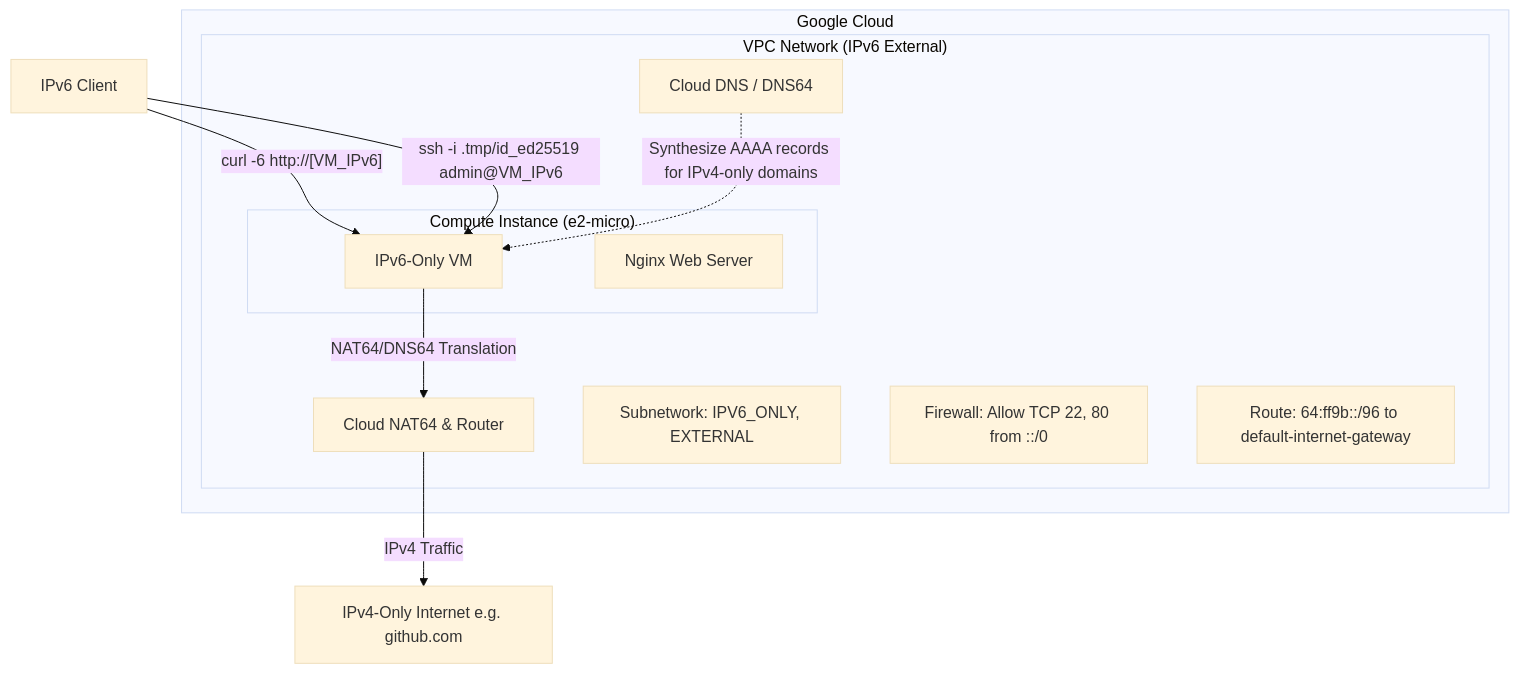
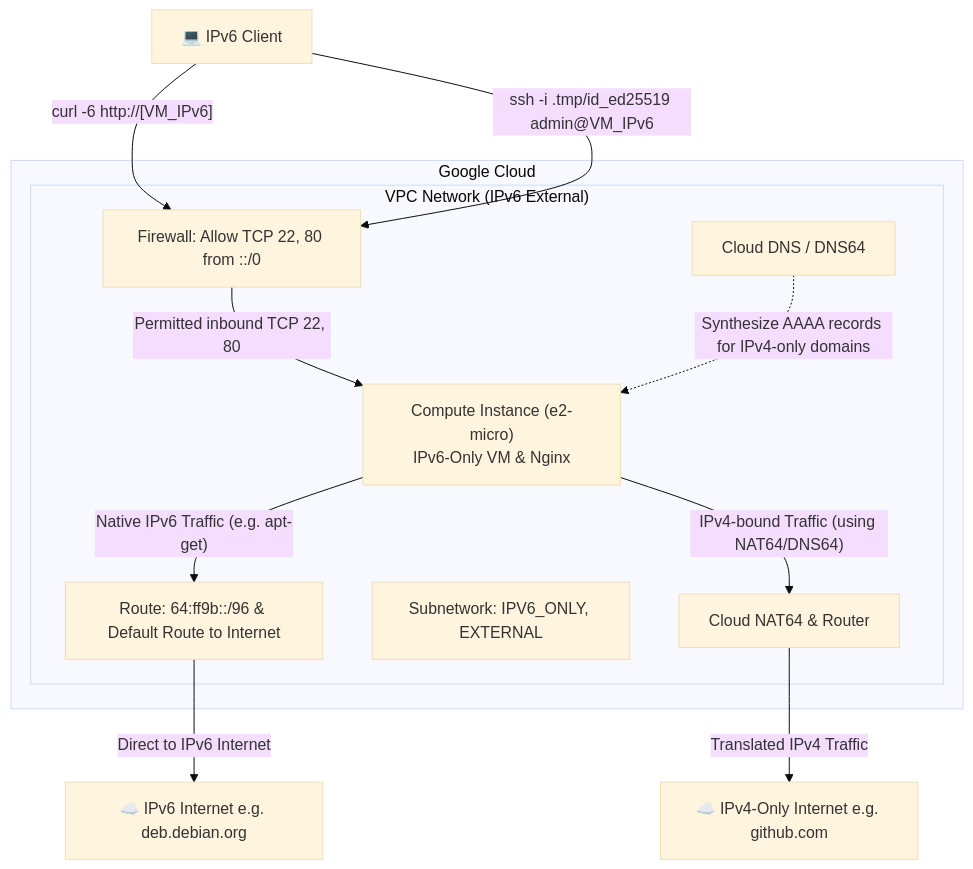
The diagram in tf/ipv6-external-dns64/README.md (linde/gcp-self-managed-k8s), drawn with Mermaid (base theme) before and after one commit.

Commit message:
docs: update mermaid architecture diagram to reflect IPv6 routing and traffic flow improvements

````diff
--- a/tf/ipv6-external-dns64/README.md
+++ b/tf/ipv6-external-dns64/README.md
@@ -9,27 +9,28 @@
 ```mermaid
 graph TD
     subgraph "Google Cloud"
         subgraph "VPC Network (IPv6 External)"
             DNS[Cloud DNS / DNS64]
             NAT[Cloud NAT64 & Router]
             Subnet[Subnetwork: IPV6_ONLY, EXTERNAL]
             FW[Firewall: Allow TCP 22, 80 from ::/0]
-            Route[Route: 64:ff9b::/96 to default-internet-gateway]
+            Route[Route: 64:ff9b::/96 & Default Route to Internet]
             
-            subgraph "Compute Instance (e2-micro)"
-                VM[IPv6-Only VM]
-                Nginx[Nginx Web Server]
-            end
+            VM["Compute Instance (e2-micro)<br/>IPv6-Only VM & Nginx"]
         end
     end
 
-    Client[IPv6 Client]
-    IPv4Internet[IPv4-Only Internet e.g. github.com]
+    Client["💻 IPv6 Client"]
+    IPv4Internet["☁️ IPv4-Only Internet e.g. github.com"]
+    IPv6Internet["☁️ IPv6 Internet e.g. deb.debian.org"]
     
     %% Traffic flows
-    Client -->|"curl -6 http://[VM_IPv6]"| VM
-    Client -->|"ssh -i .tmp/id_ed25519 admin@VM_IPv6"| VM
-    VM -->|NAT64/DNS64 Translation| NAT
-    NAT -->|IPv4 Traffic| IPv4Internet
-    DNS -.->|Synthesize AAAA records for IPv4-only domains| VM
+    Client -->|"curl -6 http://[VM_IPv6]"| FW
+    Client -->|"ssh -i .tmp/id_ed25519 admin@VM_IPv6"| FW
+    FW -->|"Permitted inbound TCP 22, 80"| VM
+    VM -->|"Native IPv6 Traffic (e.g. apt-get)"| Route
+    Route -->|"Direct to IPv6 Internet"| IPv6Internet
+    VM -->|"IPv4-bound Traffic (using NAT64/DNS64)"| NAT
+    NAT -->|"Translated IPv4 Traffic"| IPv4Internet
+    DNS -.->|"Synthesize AAAA records for IPv4-only domains"| VM
 ```
````
